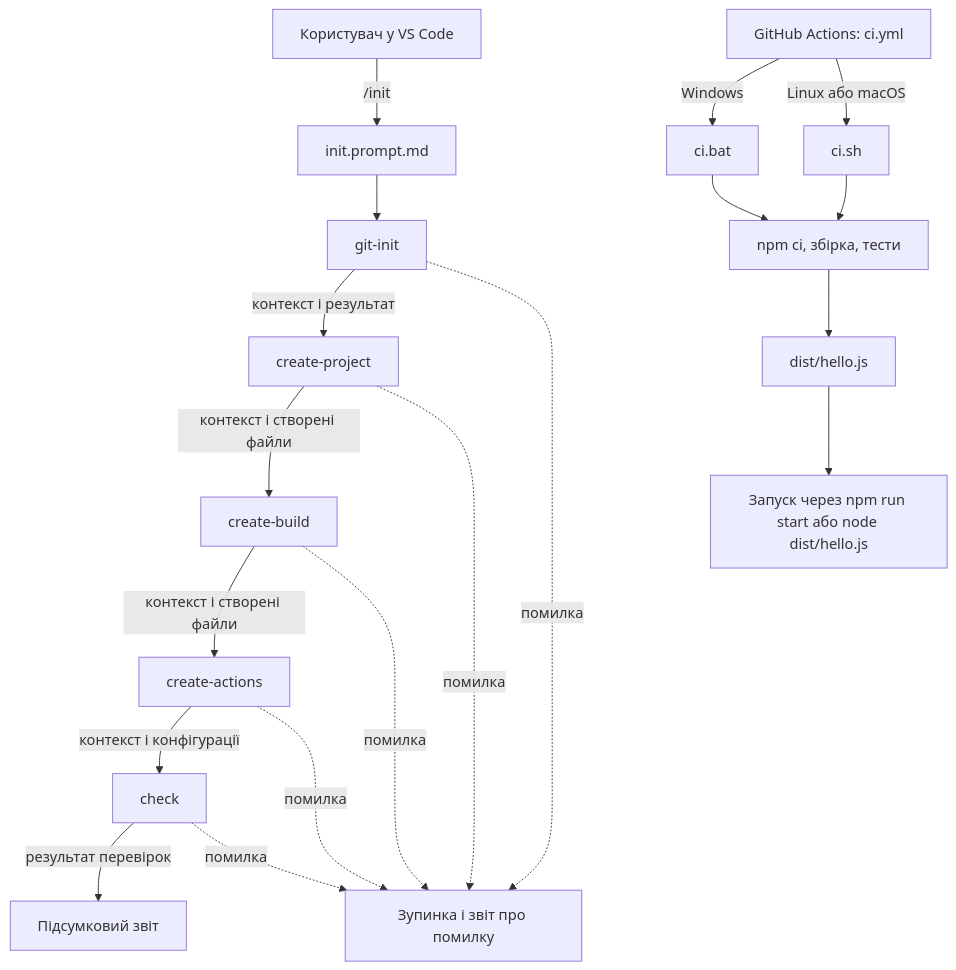
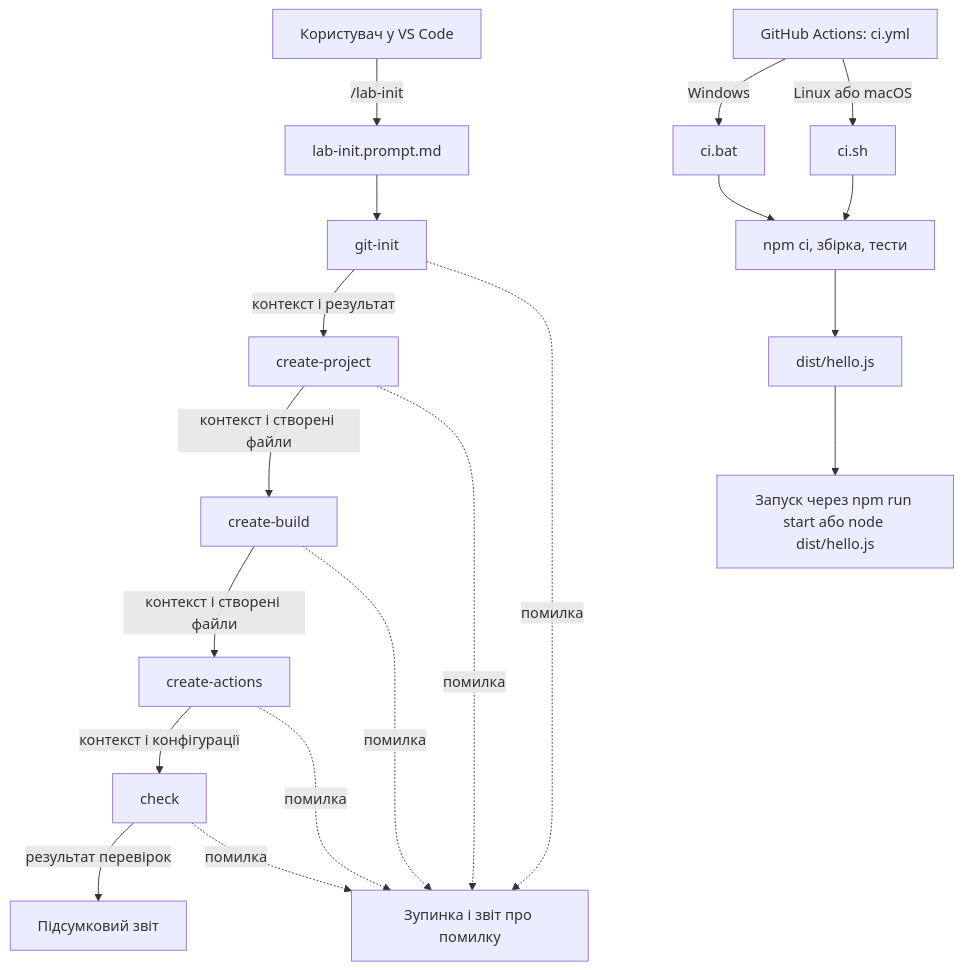
Before and after one commit to mykolasamoilichki2023-netizen/lab1-ai-agent: the diagram in docs/architecture.md, drawn with Mermaid. The commit also changed other lines of this file and 5 other files, not shown here.

Commit message:
commands: перейменування init на lab-init через конфлікт із вбудованою командою

````diff
--- a/docs/architecture.md
+++ b/docs/architecture.md
@@ -84,21 +86,21 @@
 ```mermaid
 flowchart TD
-    User[Користувач у VS Code] -->|/init| Orchestrator[init.prompt.md]
+    User[Користувач у VS Code] -->|/lab-init| Orchestrator[lab-init.prompt.md]
     Orchestrator --> Git[git-init]
     Git -->|контекст і результат| Project[create-project]
     Project -->|контекст і створені файли| Build[create-build]
     Build -->|контекст і створені файли| Actions[create-actions]
     Actions -->|контекст і конфігурації| Check[check]
     Check -->|результат перевірок| Report[Підсумковий звіт]
     Git -. помилка .-> Stop[Зупинка і звіт про помилку]
     Project -. помилка .-> Stop
     Build -. помилка .-> Stop
     Actions -. помилка .-> Stop
     Check -. помилка .-> Stop
     Workflow[GitHub Actions: ci.yml] -->|Windows| Bat[ci.bat]
     Workflow -->|Linux або macOS| Shell[ci.sh]
     Bat --> Npm[npm ci, збірка, тести]
     Shell --> Npm
     Npm --> Artifact[dist/hello.js]
     Artifact --> Run[Запуск через npm run start або node dist/hello.js]
 ```
````
